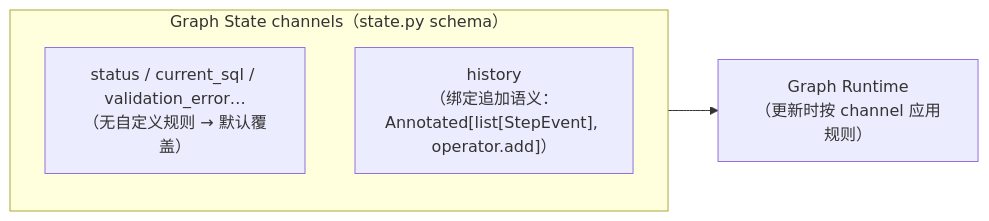
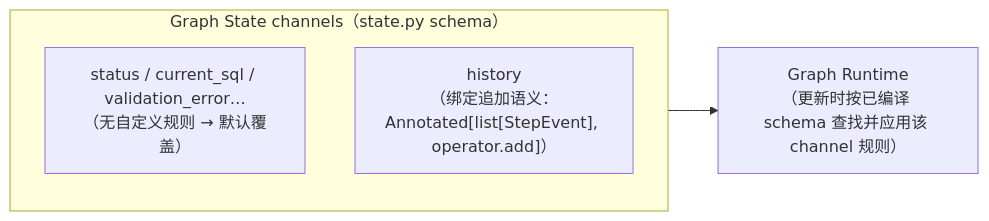
The fifth of 7 diagrams in docs/03-langgraph-core/ch12-reducer.md (AnRun-M/enterprise-ai-agent-handbook), drawn with Mermaid before and after one commit. The commit also changed other lines of this file and 2 other files, not shown here.

````diff
--- a/docs/03-langgraph-core/ch12-reducer.md
+++ b/docs/03-langgraph-core/ch12-reducer.md
@@ -122,8 +130,8 @@
 ```mermaid
 flowchart LR
     subgraph CH["Graph State channels（state.py schema）"]
         C1["status / current_sql / validation_error…\n（无自定义规则 → 默认覆盖）"]
         C2["history\n（绑定追加语义：Annotated[list[StepEvent], operator.add]）"]
     end
-    CH --> RT["Graph Runtime\n（更新时按 channel 应用规则）"]
+    CH --> RT["Graph Runtime\n（更新时按已编译 schema 查找并应用该 channel 规则）"]
 ```
````
